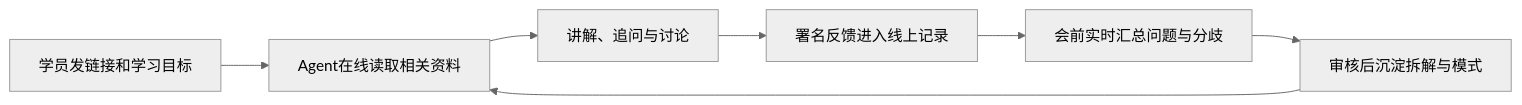
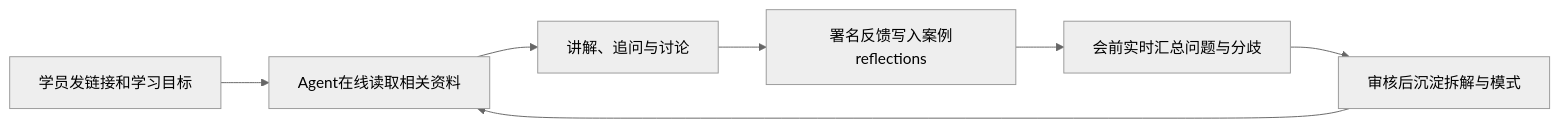
Before and after one commit to littleduckycoin-ai/DP-FDE-school: the diagram in README.md, drawn with Mermaid (neutral theme). The commit also changed other lines of this file and 50 other files, not shown here.

````diff
--- a/README.md
+++ b/README.md
@@ -25,9 +25,9 @@
 ```mermaid
 flowchart LR
   A[学员发链接和学习目标] --> B[Agent在线读取相关资料]
   B --> C[讲解、追问与讨论]
-  C --> D[署名反馈进入线上记录]
+  C --> D[署名反馈写入案例reflections]
   D --> E[会前实时汇总问题与分歧]
   E --> F[审核后沉淀拆解与模式]
   F --> B
 ```
````
